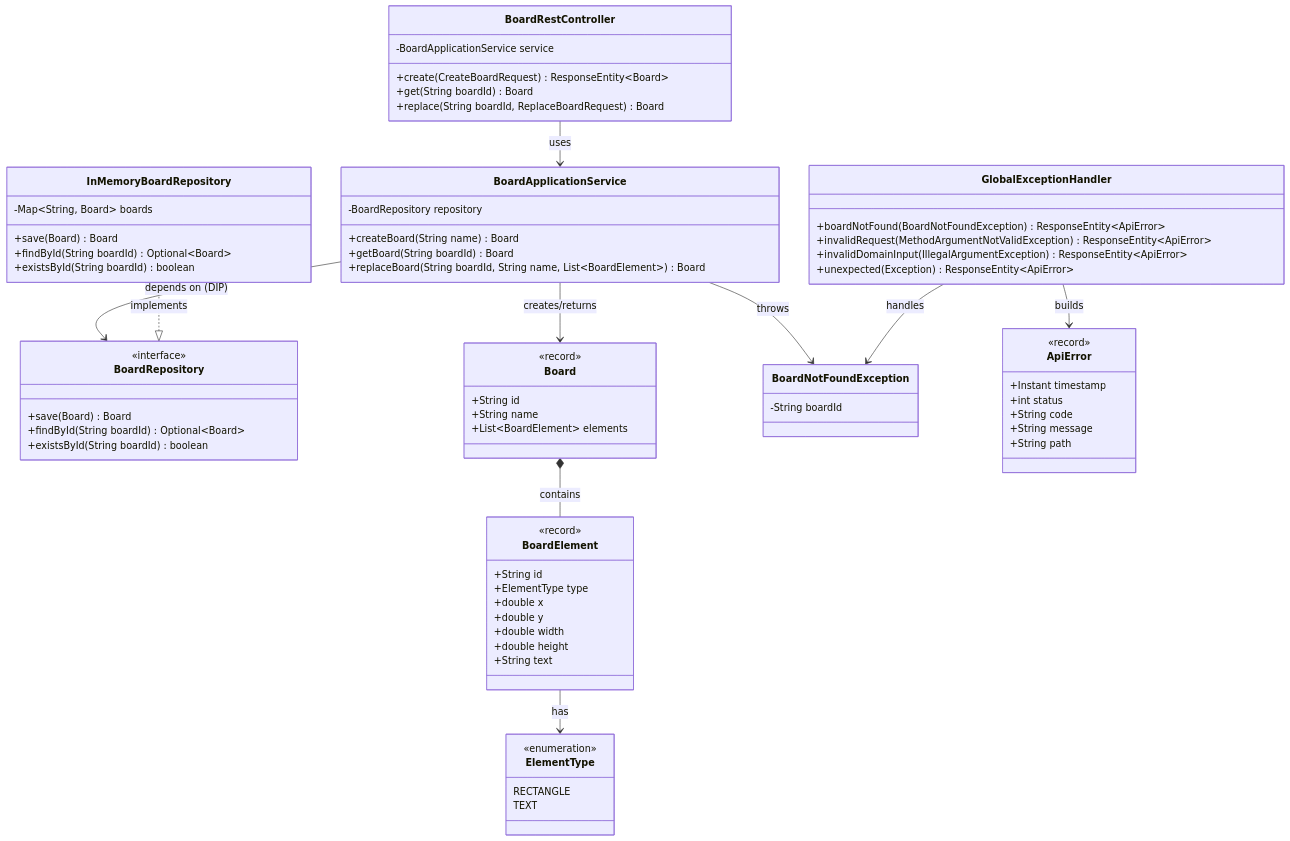
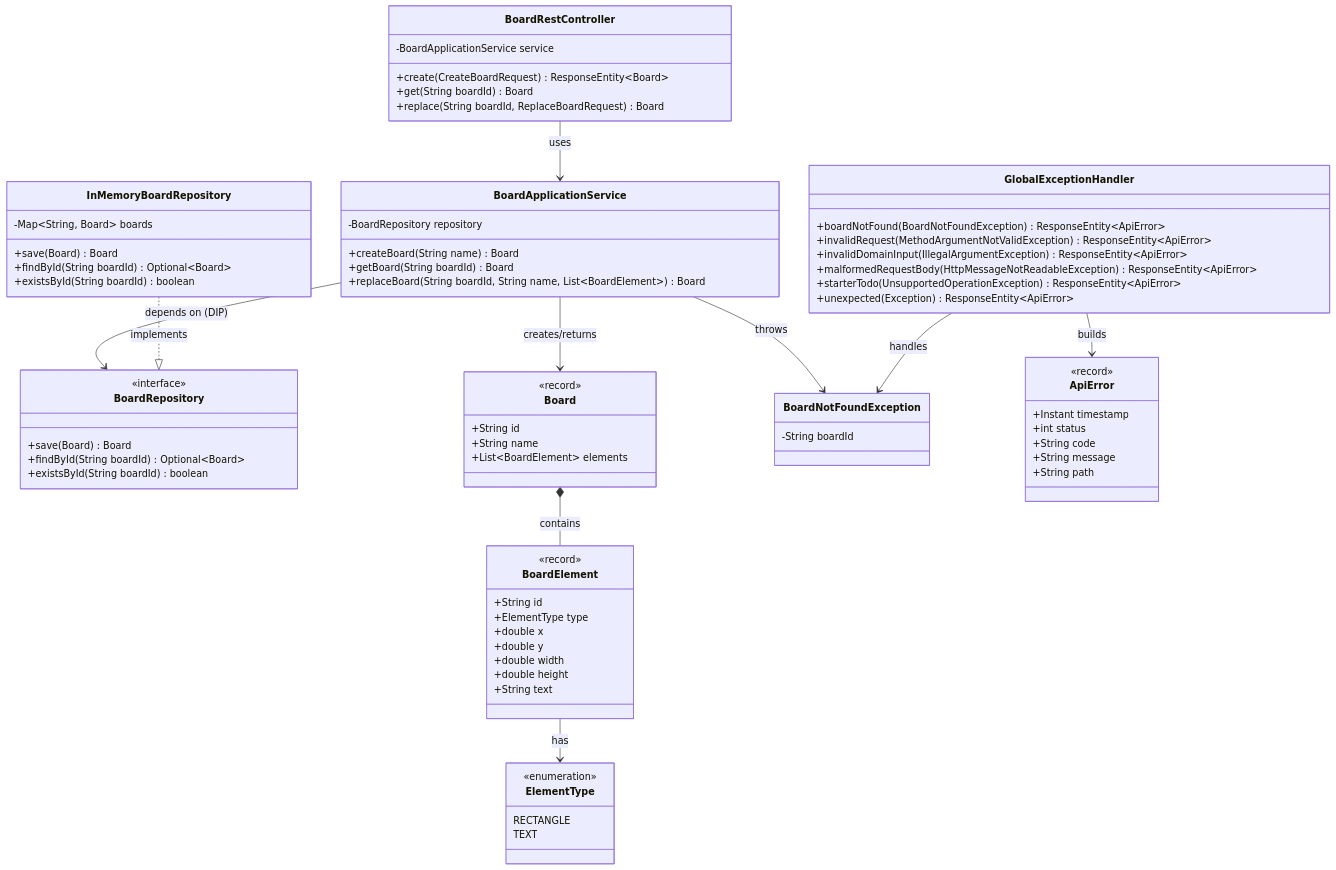
One commit to saraarteagar91/Lab04-ARSW-Arteaga-Beltran-Tinjaca changed the diagram in docs/architecture/class-diagram.md. Above: the diagram before and after it, drawn with Mermaid. The commit also changed 2 other files, not shown here.

Commit message:
docs: sync AI usage log, class diagram, and ADR with today's changes
Add AI_USAGE.md entries for the new test coverage, the malformed-
element bug fix, and the demo scripts added in this session, per the
lab's declaration requirement (RA-08/section 8.4).

Add the missing malformedRequestBody and starterTodo methods to
GlobalExceptionHandler in the class diagram, and correct the ADR's
test-count evidence from four to five, so the architecture evidence
matches the code delivered (RA-06).

```diff
--- a/docs/architecture/class-diagram.md
+++ b/docs/architecture/class-diagram.md
@@ -64,6 +64,8 @@
         +boardNotFound(BoardNotFoundException) ResponseEntity~ApiError~
         +invalidRequest(MethodArgumentNotValidException) ResponseEntity~ApiError~
         +invalidDomainInput(IllegalArgumentException) ResponseEntity~ApiError~
+        +malformedRequestBody(HttpMessageNotReadableException) ResponseEntity~ApiError~
+        +starterTodo(UnsupportedOperationException) ResponseEntity~ApiError~
         +unexpected(Exception) ResponseEntity~ApiError~
     }
 
```
